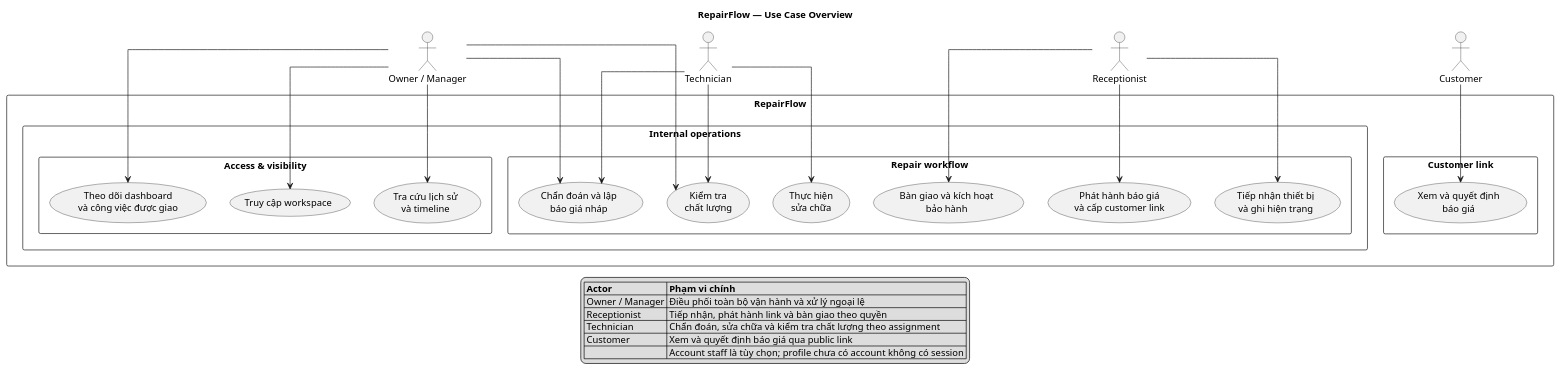
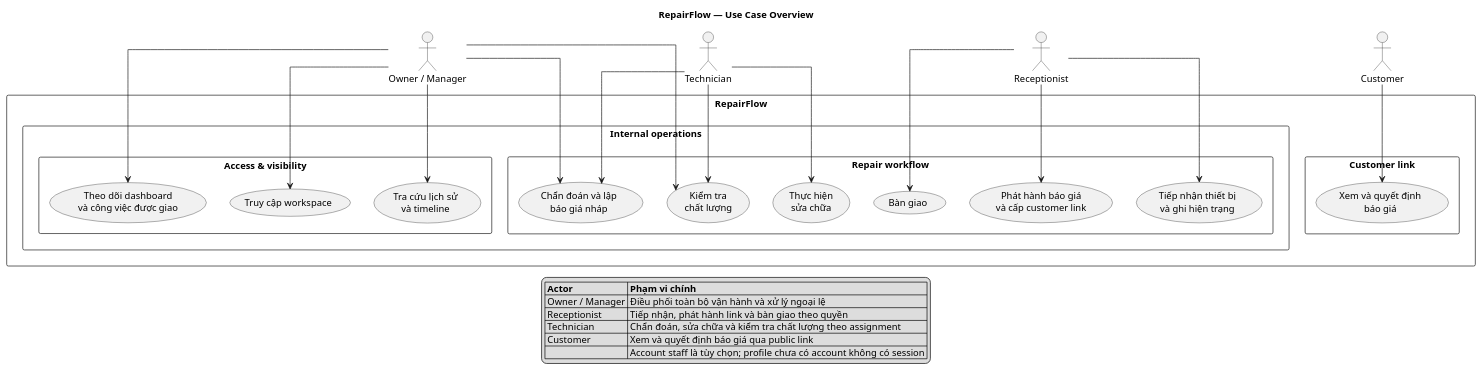
The diagram in docs/v0/architecture/repairflow-usecase-overview.puml (datdt03/DOTHANHDAT_INTERN_01278), drawn with PlantUML before and after one commit. The commit also changed 12 other files, not shown here.

```diff
--- a/docs/v0/architecture/repairflow-usecase-overview.puml
+++ b/docs/v0/architecture/repairflow-usecase-overview.puml
@@ -1,67 +1,67 @@
 @startuml repairflow-usecase-overview
 
 top to bottom direction
 skinparam packageStyle rectangle
 skinparam shadowing false
 skinparam linetype ortho
 skinparam nodesep 35
 skinparam ranksep 45
 
 title RepairFlow — Use Case Overview
 
 actor "Owner / Manager" as management
 actor Receptionist as receptionist
 actor Technician as technician
 actor Customer as customer
 
 rectangle "RepairFlow" {
 
     package "Internal operations" {
         package "Access & visibility" {
             usecase "Truy cập workspace" as access
             usecase "Theo dõi dashboard\nvà công việc được giao" as monitor
             usecase "Tra cứu lịch sử\nvà timeline" as history
         }
 
         package "Repair workflow" {
             usecase "Tiếp nhận thiết bị\nvà ghi hiện trạng" as intake
             usecase "Chẩn đoán và lập\nbáo giá nháp" as diagnosis
             usecase "Phát hành báo giá\nvà cấp customer link" as publish
             usecase "Thực hiện\nsửa chữa" as repair
             usecase "Kiểm tra\nchất lượng" as quality
-            usecase "Bàn giao và kích hoạt\nbảo hành" as handover
+            usecase "Bàn giao" as handover
         }
     }
 
     package "Customer link" {
         usecase "Xem và quyết định\nbáo giá" as decision
     }
 }
 
 ' Liên kết thể hiện các nhánh nghiệp vụ chính của từng actor.
 management --> access
 management --> monitor
 management --> history
 management --> diagnosis
 management --> quality
 
 receptionist --> intake
 receptionist --> publish
 receptionist --> handover
 
 technician --> diagnosis
 technician --> repair
 technician --> quality
 
 customer --> decision
 
 legend bottom
 |= Actor |= Phạm vi chính |
 | Owner / Manager | Điều phối toàn bộ vận hành và xử lý ngoại lệ |
 | Receptionist | Tiếp nhận, phát hành link và bàn giao theo quyền |
 | Technician | Chẩn đoán, sửa chữa và kiểm tra chất lượng theo assignment |
 | Customer | Xem và quyết định báo giá qua public link |
 | | Account staff là tùy chọn; profile chưa có account không có session |
 endlegend
 
 @enduml
```
